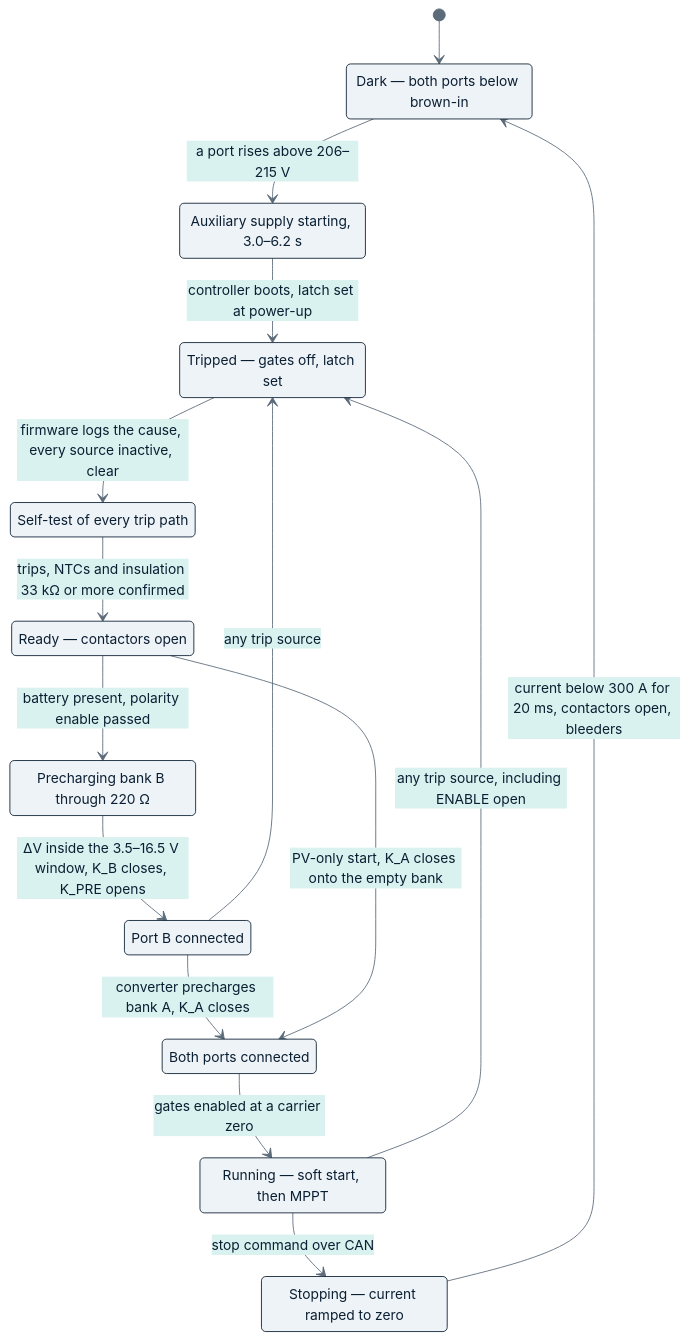
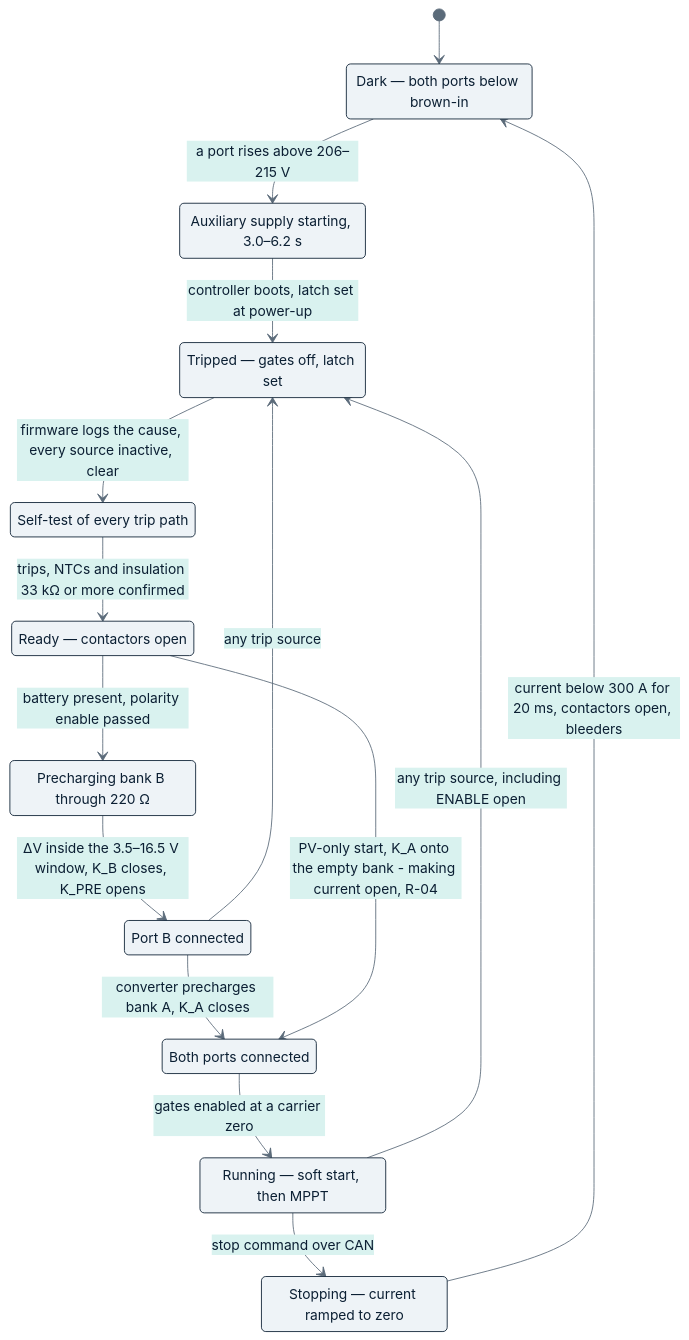
The third of 4 diagrams in docs/guide/04-protection-and-safety.md (vectivolt/PCM), drawn with Mermaid before and after one commit. The commit also changed other lines of this file and 97 other files, not shown here.

````diff
--- a/docs/guide/04-protection-and-safety.md
+++ b/docs/guide/04-protection-and-safety.md
@@ -198,29 +235,29 @@
 ```mermaid
 %%{init: {"theme": "base", "themeVariables": {"primaryColor": "#EEF3F7", "primaryBorderColor": "#0B1F33", "primaryTextColor": "#0B1F33", "lineColor": "#5B6B7A", "secondaryColor": "#D9F2EF", "tertiaryColor": "#FFF4D6", "fontFamily": "Inter, Helvetica, Arial, sans-serif"}}}%%
 stateDiagram-v2
     direction TB
     state "Dark — both ports below brown-in" as Dark
     state "Auxiliary supply starting, 3.0–6.2 s" as Aux
     state "Tripped — gates off, latch set" as Tripped
     state "Self-test of every trip path" as SelfTest
     state "Ready — contactors open" as Ready
     state "Precharging bank B through 220 Ω" as Pre
     state "Port B connected" as PortB
     state "Both ports connected" as Both
     state "Running — soft start, then MPPT" as Run
     state "Stopping — current ramped to zero" as Stop
     [*] --> Dark
     Dark --> Aux : a port rises above 206–215 V
     Aux --> Tripped : controller boots, latch set at power-up
     Tripped --> SelfTest : firmware logs the cause, every source inactive, clear
     SelfTest --> Ready : trips, NTCs and insulation 33 kΩ or more confirmed
     Ready --> Pre : battery present, polarity enable passed
     Pre --> PortB : ΔV inside the 3.5–16.5 V window, K_B closes, K_PRE opens
     PortB --> Both : converter precharges bank A, K_A closes
-    Ready --> Both : PV-only start, K_A closes onto the empty bank
+    Ready --> Both : PV-only start, K_A onto the empty bank - making current open, R-04
     Both --> Run : gates enabled at a carrier zero
     Run --> Stop : stop command over CAN
     Stop --> Dark : current below 300 A for 20 ms, contactors open, bleeders
     Run --> Tripped : any trip source, including ENABLE open
     PortB --> Tripped : any trip source
 ```
````
